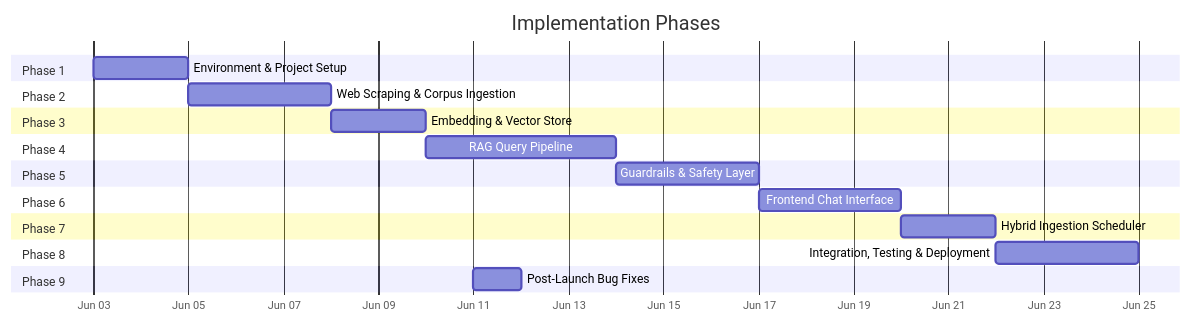
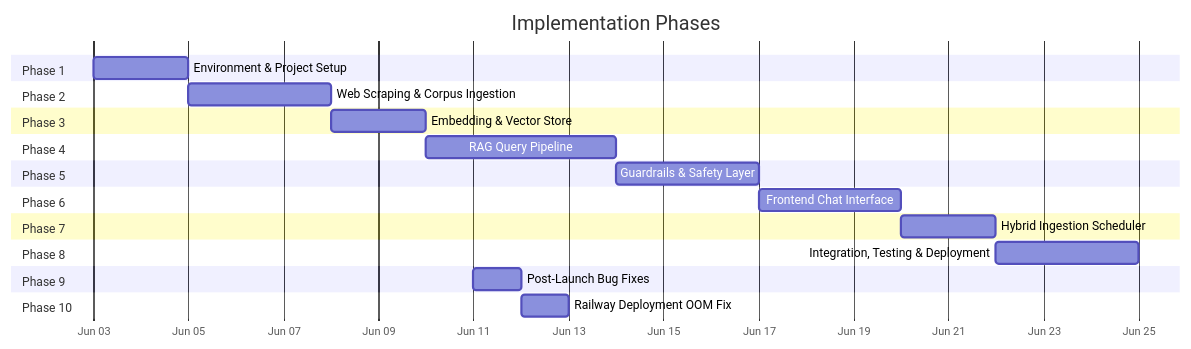
Before and after one commit to yv12/HDFC-Mutual-Fund-FAQ--Groww: the diagram in Docs/implementation-plan.md, drawn with Mermaid. The commit also changed other lines of this file and 9 other files, not shown here.

````diff
--- a/Docs/implementation-plan.md
+++ b/Docs/implementation-plan.md
@@ -11,33 +12,36 @@
 ```mermaid
 gantt
     title Implementation Phases
     dateFormat  YYYY-MM-DD
     axisFormat  %b %d
 
     section Phase 1
     Environment & Project Setup        :p1, 2026-06-03, 2d
 
     section Phase 2
     Web Scraping & Corpus Ingestion     :p2, after p1, 3d
 
     section Phase 3
     Embedding & Vector Store            :p3, after p2, 2d
 
     section Phase 4
     RAG Query Pipeline                  :p4, after p3, 4d
 
     section Phase 5
     Guardrails & Safety Layer           :p5, after p4, 3d
 
     section Phase 6
     Frontend Chat Interface             :p6, after p5, 3d
 
     section Phase 7
     Hybrid Ingestion Scheduler          :p7, after p6, 2d
 
     section Phase 8
     Integration, Testing & Deployment   :p8, after p7, 3d
 
     section Phase 9
     Post-Launch Bug Fixes               :p9, 2026-06-11, 1d
+
+    section Phase 10
+    Railway Deployment OOM Fix           :p10, 2026-06-12, 1d
 ```
````
